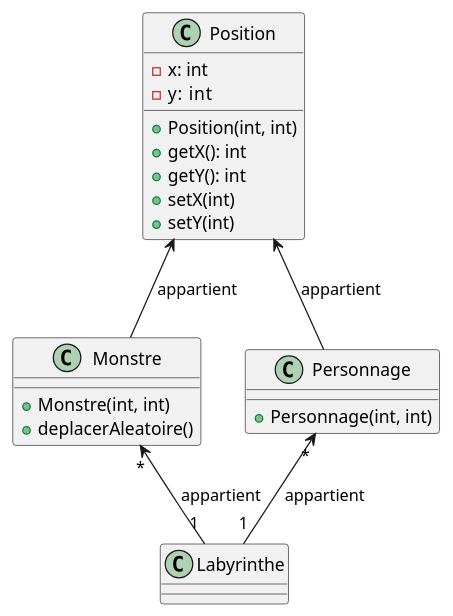
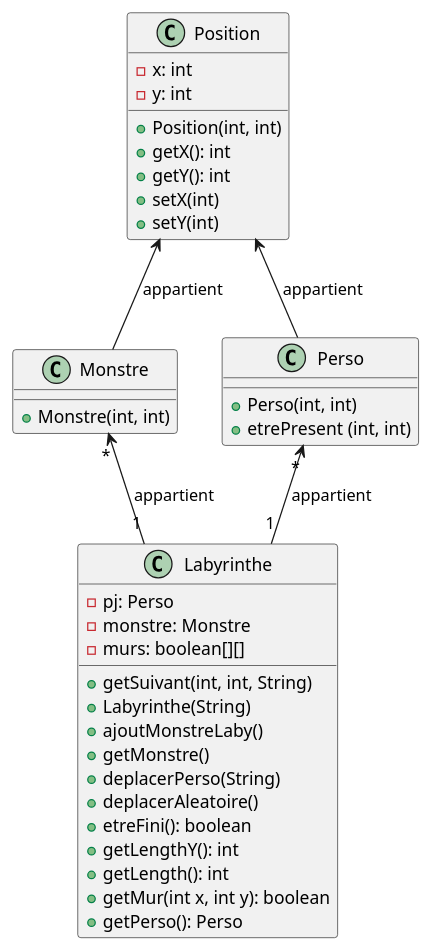
Before and after one commit to Erwanquilliou/2024_Zeldiablo_quilliou2u_leveque58u: the diagram in zeldiablo/documents/version_1/diagclass_monstreDeplacementAleatoire.puml, drawn with PlantUML.

Commit message:
monstredepalcementAleatoire

```diff
--- a/zeldiablo/documents/version_1/diagclass_monstreDeplacementAleatoire.puml
+++ b/zeldiablo/documents/version_1/diagclass_monstreDeplacementAleatoire.puml
@@ -1,32 +1,47 @@
 @startuml
 
 class Position{
 - x: int
-- y:  int
+- y: int
 + Position(int, int)
 + getX(): int
 + getY(): int
 + setX(int)
 + setY(int)
 }
 
 Position <-- Monstre : appartient
 
 class Monstre{
 + Monstre(int, int)
-+ deplacerAleatoire()
+
 }
 
-Position <-- Personnage : appartient
+Position <-- Perso : appartient
 
-class Personnage{
-+ Personnage(int, int)
+class Perso{
++ Perso(int, int)
++ etrePresent (int, int)
 }
 
 Monstre "*" <-- "1" Labyrinthe : appartient
-Personnage "*" <-- "1" Labyrinthe : appartient
+Perso "*" <-- "1" Labyrinthe : appartient
 
 class Labyrinthe{
+- pj: Perso
+- monstre: Monstre
+- murs: boolean[][]
++ getSuivant(int, int, String)
++ Labyrinthe(String)
++ ajoutMonstreLaby()
++ getMonstre()
++ deplacerPerso(String)
++ deplacerAleatoire()
++ etreFini(): boolean
++ getLengthY(): int
++ getLength(): int
++ getMur(int x, int y): boolean
++ getPerso(): Perso
 }
 
 @enduml
```
